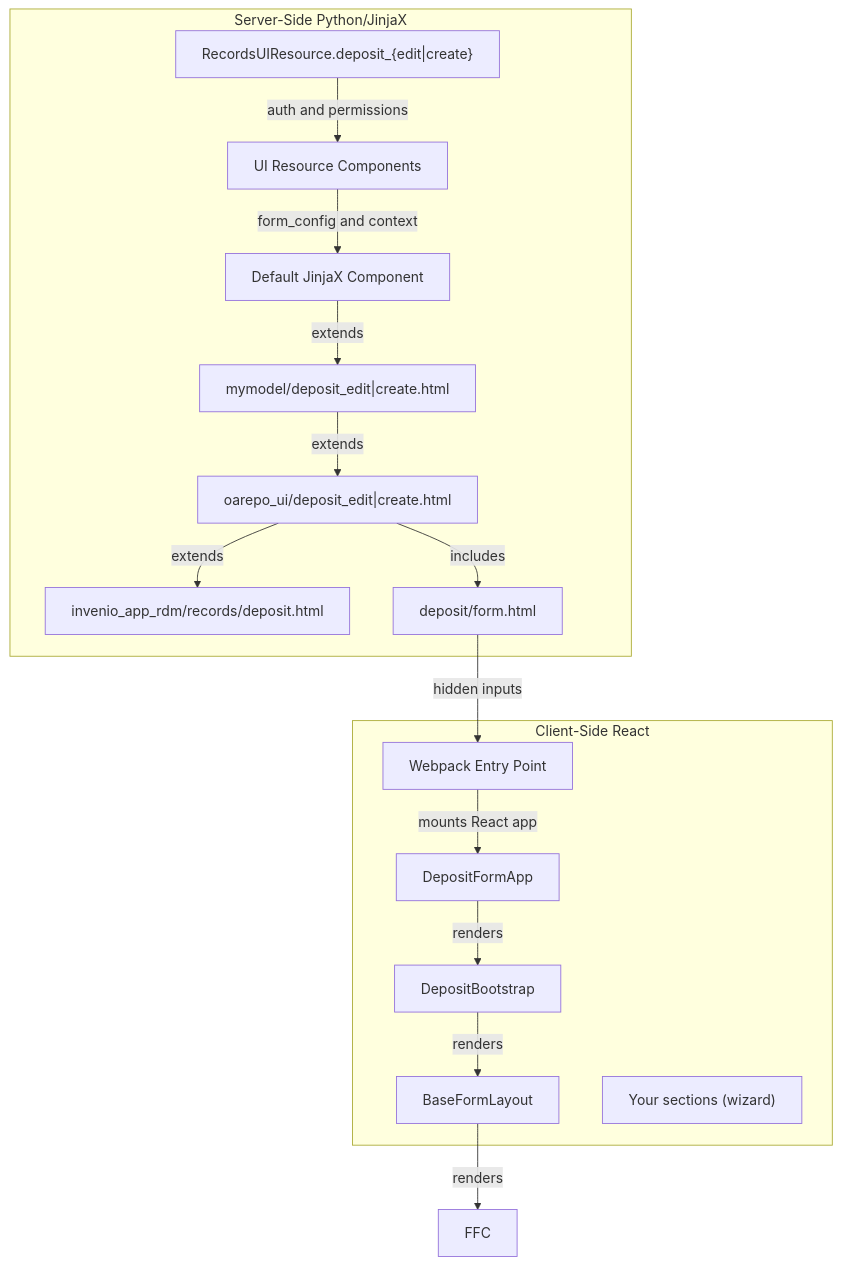
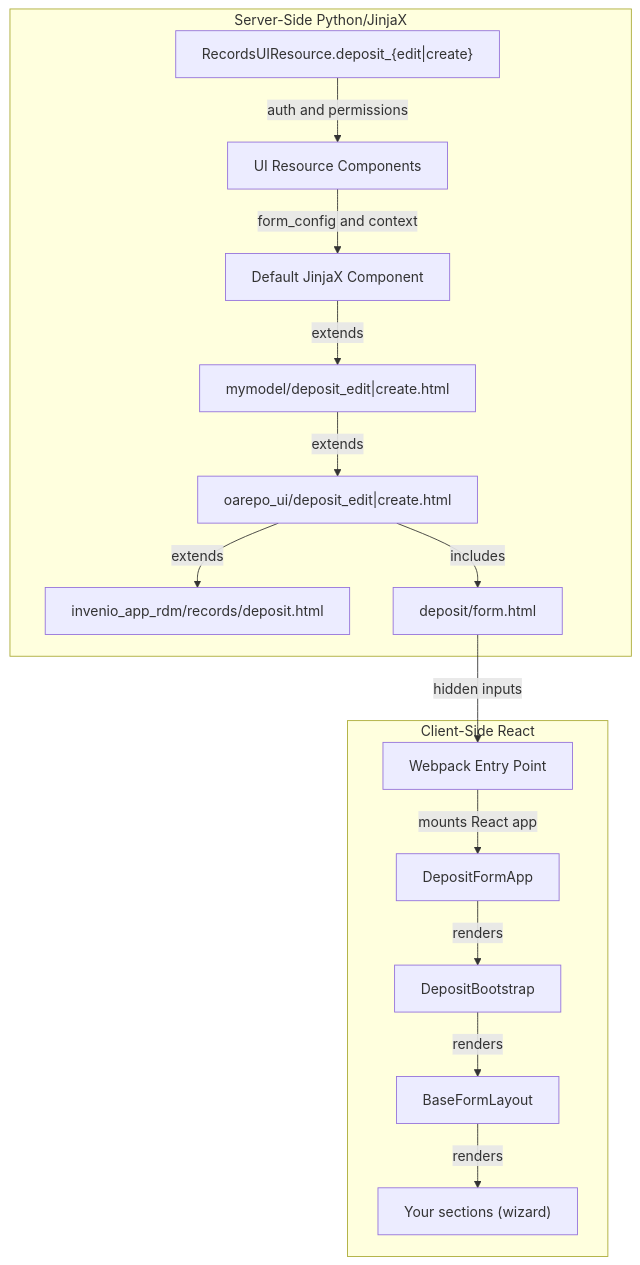
Before and after one commit to NRP-CZ/docs: the second of 2 diagrams in content/customize/model_ui/deposit.mdx, drawn with Mermaid.

Commit message:
docs(model_ui): fix dangling FFC node in deposit application-layers diagram
The diagram node rename (FFC -> SEC) left the BFL->FFC edge referencing an
undefined node, so mermaid rendered a stray 'FFC' box. Point the edge at SEC.

````diff
--- a/content/customize/model_ui/deposit.mdx
+++ b/content/customize/model_ui/deposit.mdx
@@ -34,32 +34,32 @@
 ```mermaid
 graph TD
     subgraph ServerSide["Server-Side Python/JinjaX"]
         VR["RecordsUIResource.deposit_{edit|create}"]
         RC["UI Resource Components"]
         GC["Default JinjaX Component"]
         MT["mymodel/deposit_edit|create.html"]
         BT["oarepo_ui/deposit_edit|create.html"]
         ID["invenio_app_rdm/records/deposit.html"]
         FH["deposit/form.html"]
     end
 
     subgraph ClientSide["Client-Side React"]
         EP["Webpack Entry Point"]
         DFA["DepositFormApp"]
         DB["DepositBootstrap"]
         BFL["BaseFormLayout"]
         SEC["Your sections (wizard)"]
     end
 
     VR -->|auth and permissions| RC
     RC -->|form_config and context| GC
     GC -->|extends| MT
     MT -->|extends| BT
     BT -->|extends| ID
     BT -->|includes| FH
     FH -->|hidden inputs| EP
     EP -->|mounts React app| DFA
     DFA -->|renders| DB
     DB -->|renders| BFL
-    BFL -->|renders| FFC
+    BFL -->|renders| SEC
 ```
````
